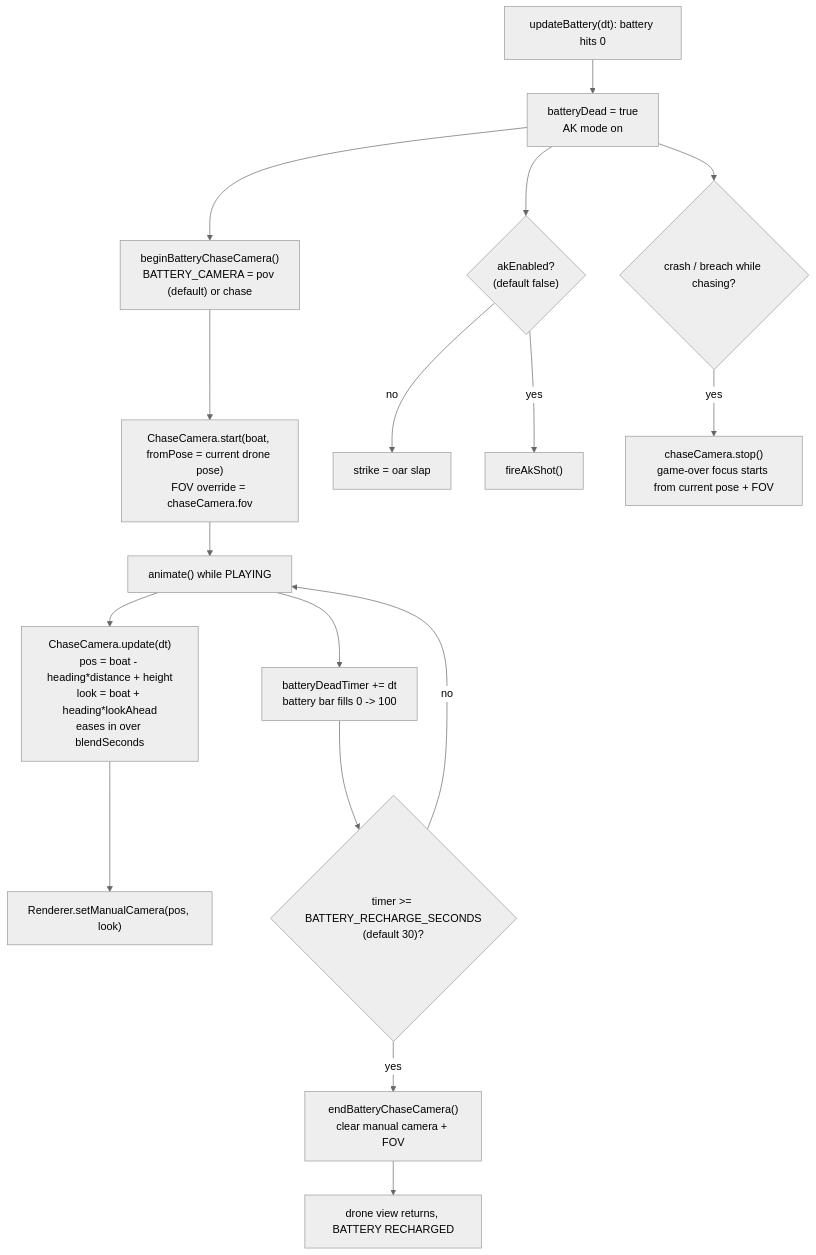
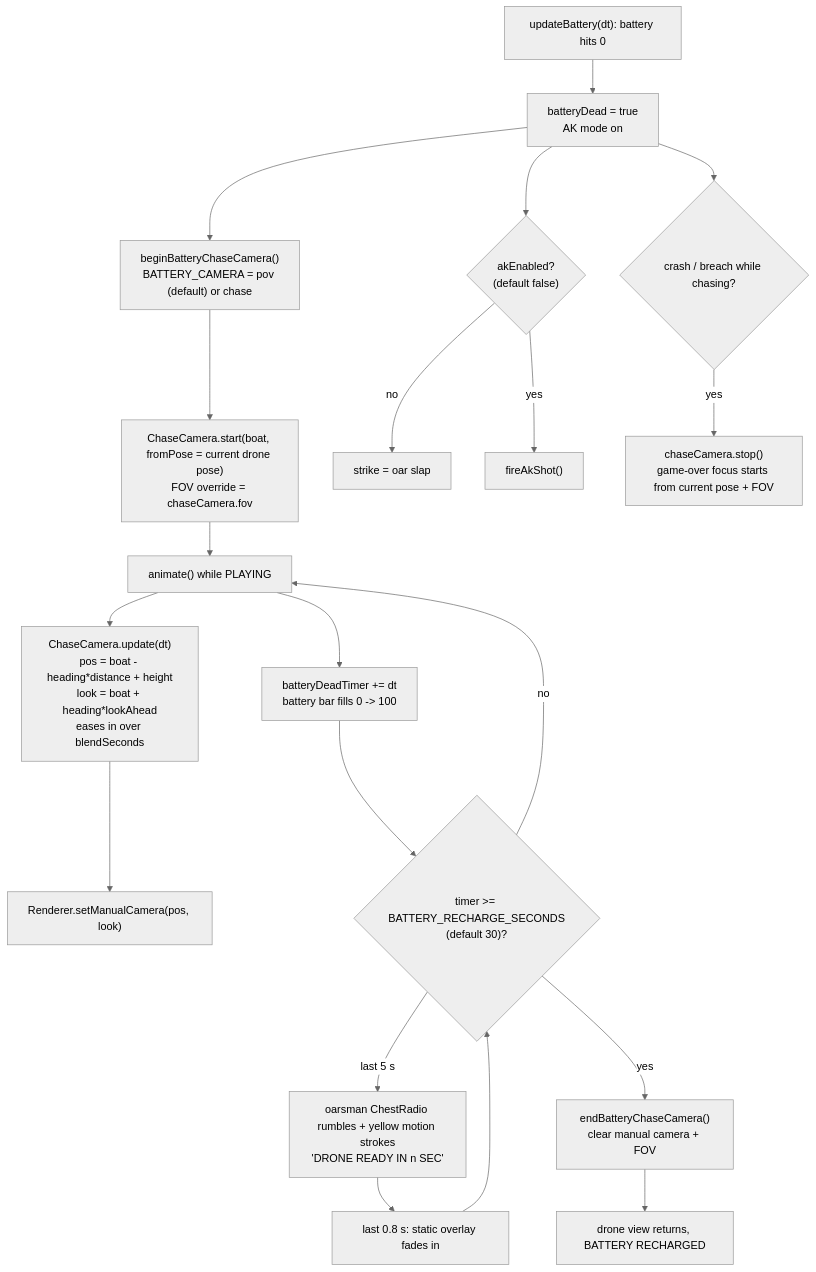
One commit to Protosnake/veslo changed the diagram in docs/features/35-battery-chase-camera.md. Above: the diagram before and after it, drawn with Mermaid (neutral theme). The commit also changed other lines of this file and 11 other files, not shown here.

First line of the commit message:
feat: drone-ready radio countdown with static cut, crew rolls with hull, steer chevrons

````diff
--- a/docs/features/35-battery-chase-camera.md
+++ b/docs/features/35-battery-chase-camera.md
@@ -5,19 +5,22 @@
 ```mermaid
 flowchart TD
     A["updateBattery(dt): battery hits 0"] --> B["batteryDead = true<br/>AK mode on"]
     B --> C["beginBatteryChaseCamera()<br/>BATTERY_CAMERA = pov (default) or chase"]
     C --> D["ChaseCamera.start(boat, fromPose = current drone pose)<br/>FOV override = chaseCamera.fov"]
     D --> E["animate() while PLAYING"]
     E --> F["ChaseCamera.update(dt)<br/>pos = boat - heading*distance + height<br/>look = boat + heading*lookAhead<br/>eases in over blendSeconds"]
     F --> G["Renderer.setManualCamera(pos, look)"]
     E --> H["batteryDeadTimer += dt<br/>battery bar fills 0 -> 100"]
     H --> I{"timer >= BATTERY_RECHARGE_SECONDS<br/>(default 30)?"}
     I -->|no| E
+    I -->|"last 5 s"| R["oarsman ChestRadio rumbles + yellow motion strokes<br/>'DRONE READY IN n SEC'"]
+    R --> S["last 0.8 s: static overlay fades in"]
+    S --> I
     I -->|yes| J["endBatteryChaseCamera()<br/>clear manual camera + FOV"]
     J --> K["drone view returns, BATTERY RECHARGED"]
     B --> AK{"akEnabled?<br/>(default false)"}
     AK -->|no| AK1["strike = oar slap"]
     AK -->|yes| AK2["fireAkShot()"]
     B --> L{"crash / breach while chasing?"}
     L -->|yes| M["chaseCamera.stop()<br/>game-over focus starts from current pose + FOV"]
 ```
````
